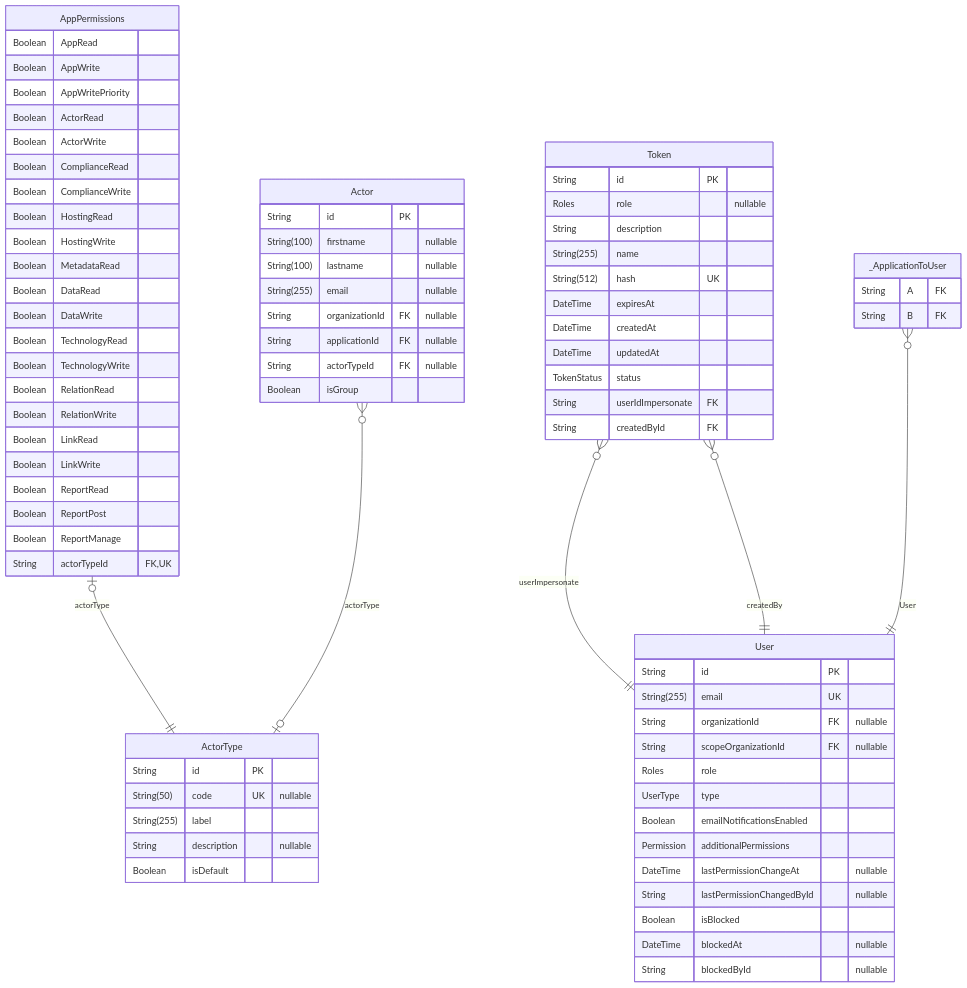
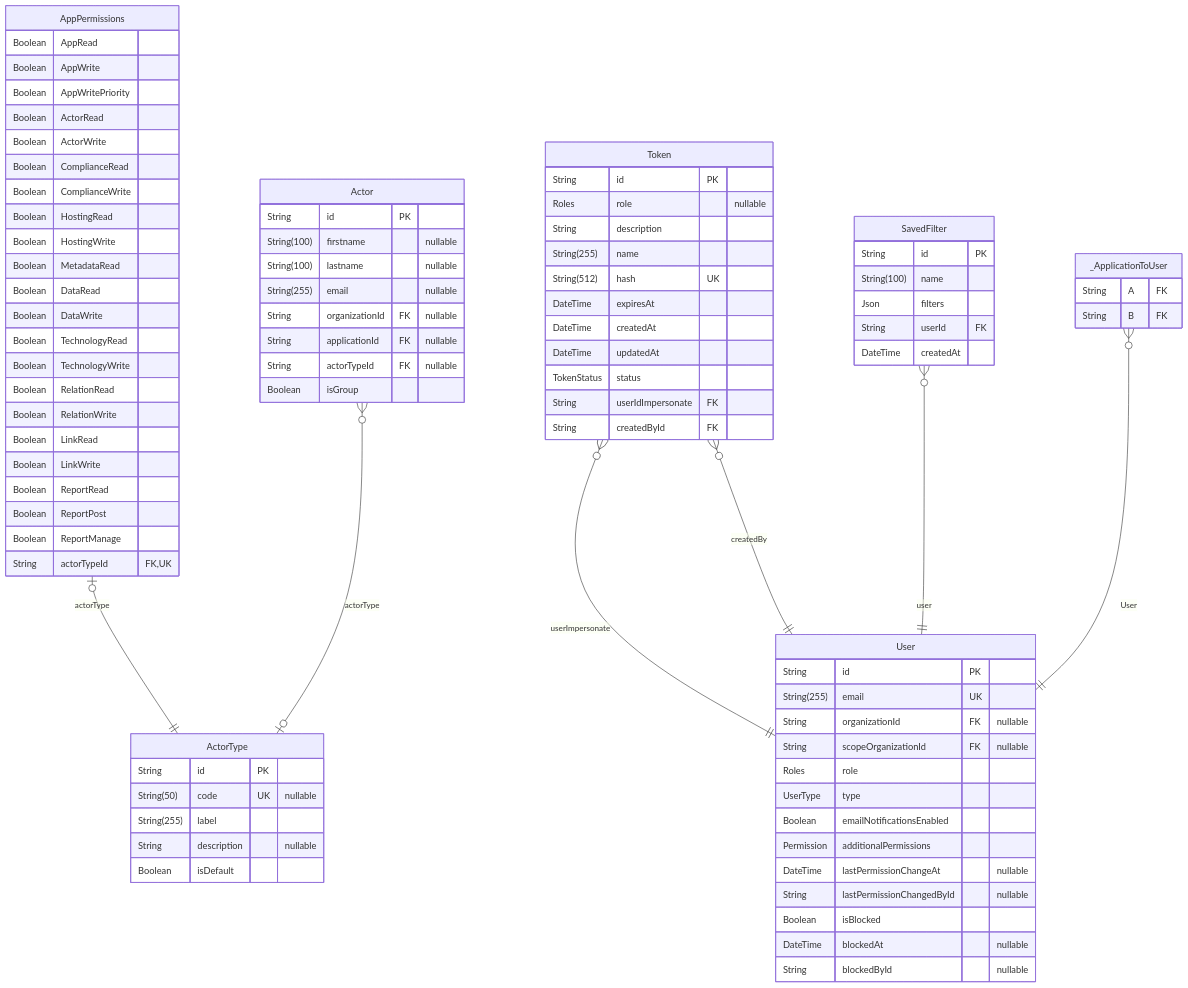
One commit to dnum-mi/referentiel-applications changed the tenth of 14 diagrams in backend/prisma/docs/schema.md. Above: the diagram before and after it, drawn with Mermaid. The commit also changed other lines of this file and 17 other files, not shown here.

Commit message:
feat: add saved filter for app

````diff
--- a/backend/prisma/docs/schema.md
+++ b/backend/prisma/docs/schema.md
@@ -859,6 +859,13 @@
   DateTime blockedAt "nullable"
   String blockedById "nullable"
 }
+"SavedFilter" {
+  String id PK
+  String(100) name
+  Json filters
+  String userId FK
+  DateTime createdAt
+}
 "Actor" {
   String id PK
   String(100) firstname "nullable"
@@ -883,6 +890,7 @@
 "AppPermissions" |o--|| "ActorType" : actorType
 "Token" }o--|| "User" : userImpersonate
 "Token" }o--|| "User" : createdBy
+"SavedFilter" }o--|| "User" : user
 "Actor" }o--o| "ActorType" : actorType
 "_ApplicationToUser" }o--|| "User" : User
 ```
````
